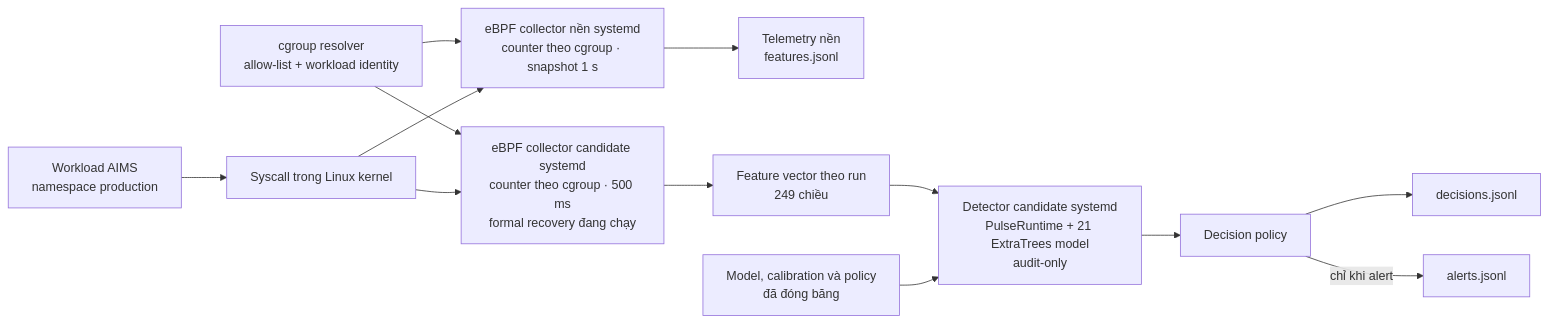
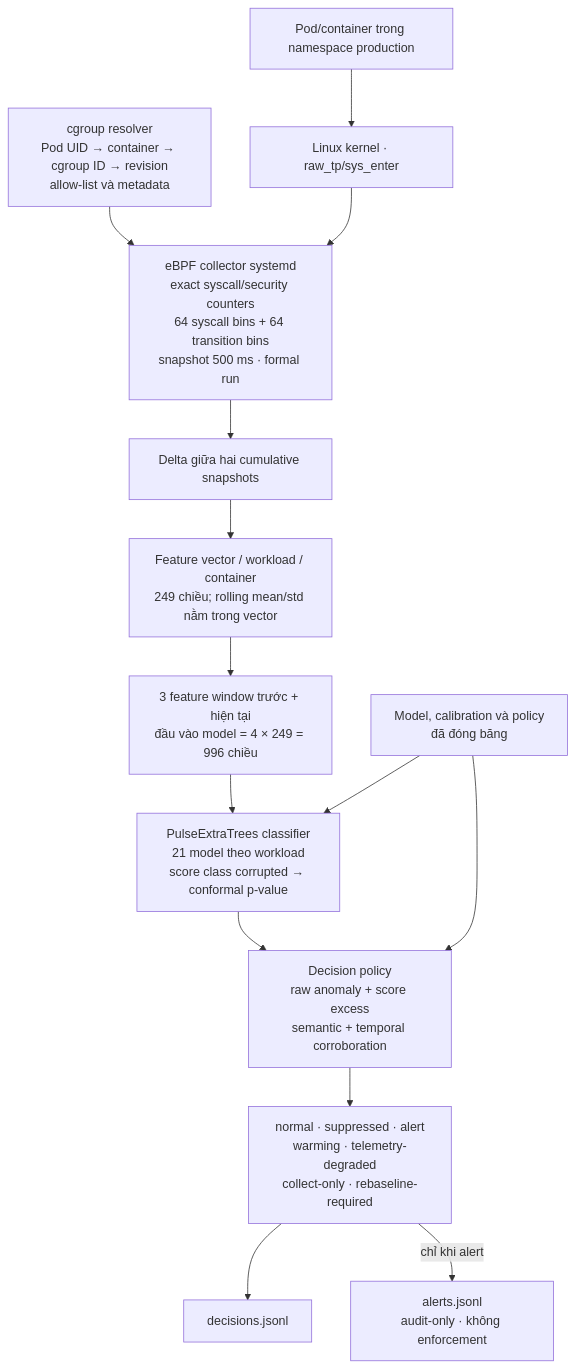
Before and after one commit to tndat-dev/eBPF-project: the first of 2 diagrams in sentinel-pulse.md, drawn with Mermaid. The commit also changed other lines of this file, not shown here.

Commit message:
Draw current Pulse 500ms ML path in Mermaid

````diff
--- a/sentinel-pulse.md
+++ b/sentinel-pulse.md
@@ -50,15 +52,16 @@
 ```mermaid
-flowchart LR
-    APP["Workload AIMS<br/>namespace production"] --> CALL["Syscall trong Linux kernel"]
-    ID["cgroup resolver<br/>allow-list + workload identity"] --> BASE
-    ID --> SOAK
-    CALL --> BASE["eBPF collector nền systemd<br/>counter theo cgroup · snapshot 1 s"]
-    BASE --> BASEDATA["Telemetry nền<br/>features.jsonl"]
-    CALL --> SOAK["eBPF collector candidate systemd<br/>counter theo cgroup · 500 ms<br/>formal recovery đang chạy"]
-    SOAK --> FEATURE["Feature vector theo run<br/>249 chiều"]
-    FEATURE --> DET["Detector candidate systemd<br/>PulseRuntime + 21 ExtraTrees model<br/>audit-only"]
-    BUNDLE["Model, calibration và policy<br/>đã đóng băng"] --> DET
-    DET --> DEC["Decision policy"]
-    DEC --> OUT["decisions.jsonl"]
-    DEC -->|"chỉ khi alert"| ALERT["alerts.jsonl"]
+flowchart TB
+    APP["Pod/container trong namespace production"] --> CALL["Linux kernel · raw_tp/sys_enter"]
+    RES["cgroup resolver<br/>Pod UID → container → cgroup ID → revision<br/>allow-list và metadata"] --> COL
+    CALL --> COL["eBPF collector systemd<br/>exact syscall/security counters<br/>64 syscall bins + 64 transition bins<br/>snapshot 500 ms · formal run"]
+    COL --> DELTA["Delta giữa hai cumulative snapshots"]
+    DELTA --> VECTOR["Feature vector / workload / container<br/>249 chiều; rolling mean/std nằm trong vector"]
+    VECTOR --> CONTEXT["3 feature window trước + hiện tại<br/>đầu vào model = 4 × 249 = 996 chiều"]
+    CONTEXT --> MODEL["PulseExtraTrees classifier<br/>21 model theo workload<br/>score class corrupted → conformal p-value"]
+    BUNDLE["Model, calibration và policy<br/>đã đóng băng"] --> MODEL
+    MODEL --> POLICY["Decision policy<br/>raw anomaly + score excess<br/>semantic + temporal corroboration"]
+    BUNDLE --> POLICY
+    POLICY --> RESULT["normal · suppressed · alert<br/>warming · telemetry-degraded<br/>collect-only · rebaseline-required"]
+    RESULT --> DECISIONS["decisions.jsonl"]
+    RESULT -->|"chỉ khi alert"| ALERTS["alerts.jsonl<br/>audit-only · không enforcement"]
 ```
````
